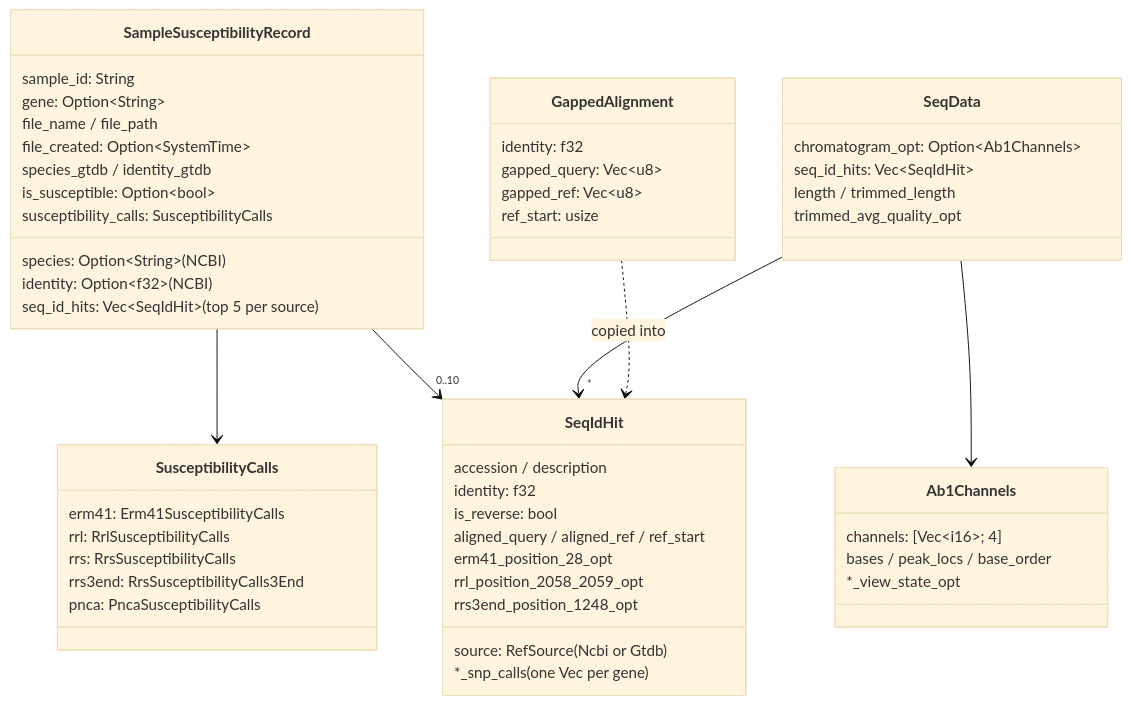
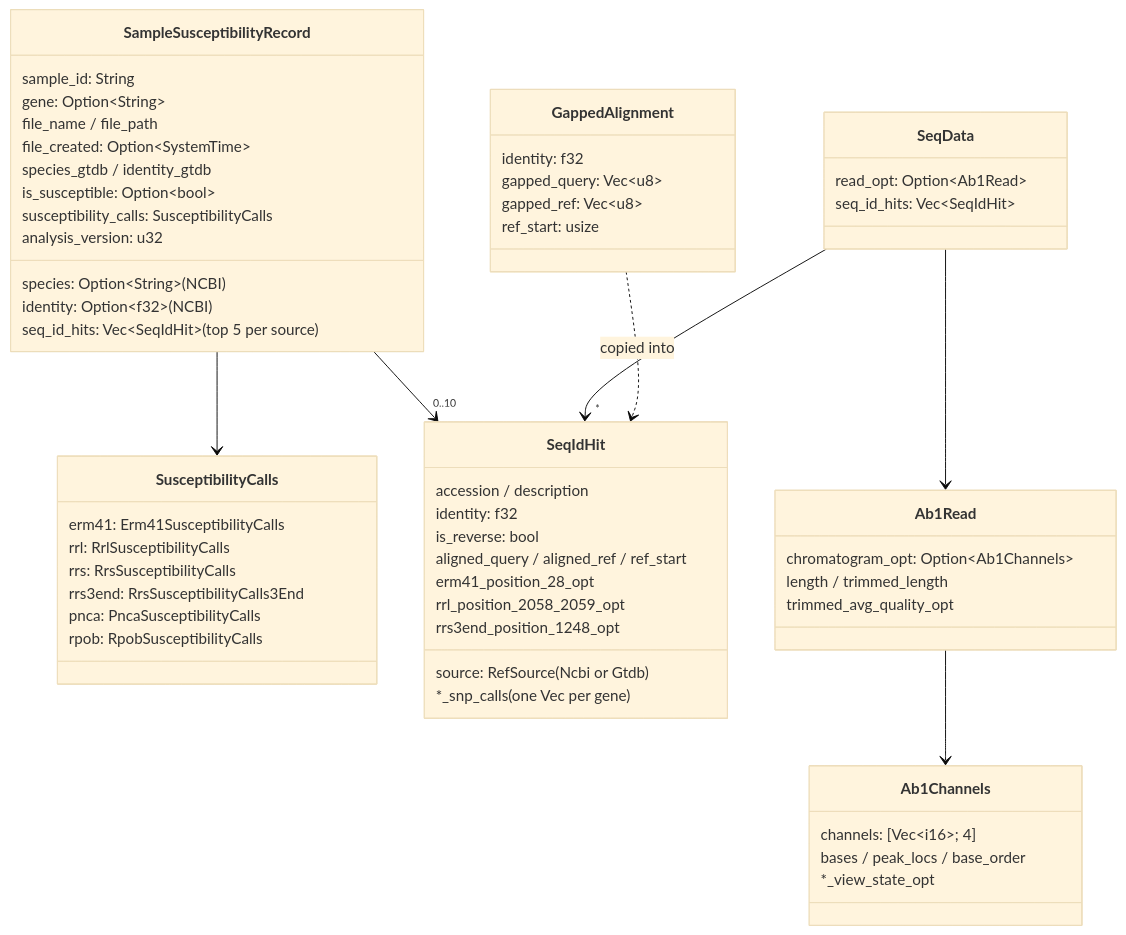
Before and after one commit to michaelmeuli/cosmic-files: the sixth of 6 diagrams in src/sequencing/README.md, drawn with Mermaid (base theme). The commit also changed other lines of this file and 7 other files, not shown here.

````diff
--- a/src/sequencing/README.md
+++ b/src/sequencing/README.md
@@ -284,55 +298,61 @@
 ```mermaid
 classDiagram
     class SampleSusceptibilityRecord {
         sample_id: String
         gene: Option~String~
         file_name / file_path
         file_created: Option~SystemTime~
         species: Option~String~ (NCBI)
         identity: Option~f32~ (NCBI)
         species_gtdb / identity_gtdb
         is_susceptible: Option~bool~
         susceptibility_calls: SusceptibilityCalls
         seq_id_hits: Vec~SeqIdHit~ (top 5 per source)
+        analysis_version: u32
     }
     class SusceptibilityCalls {
         erm41: Erm41SusceptibilityCalls
         rrl: RrlSusceptibilityCalls
         rrs: RrsSusceptibilityCalls
         rrs3end: RrsSusceptibilityCalls3End
         pnca: PncaSusceptibilityCalls
+        rpob: RpobSusceptibilityCalls
     }
     class SeqIdHit {
         accession / description
         source: RefSource (Ncbi or Gtdb)
         identity: f32
         is_reverse: bool
         aligned_query / aligned_ref / ref_start
         *_snp_calls (one Vec per gene)
         erm41_position_28_opt
         rrl_position_2058_2059_opt
         rrs3end_position_1248_opt
     }
     class GappedAlignment {
         identity: f32
         gapped_query: Vec~u8~
         gapped_ref: Vec~u8~
         ref_start: usize
     }
     class SeqData {
+        read_opt: Option~Ab1Read~
+        seq_id_hits: Vec~SeqIdHit~
+    }
+    class Ab1Read {
         chromatogram_opt: Option~Ab1Channels~
-        seq_id_hits: Vec~SeqIdHit~
         length / trimmed_length
         trimmed_avg_quality_opt
     }
     class Ab1Channels {
         channels: [Vec~i16~; 4]
         bases / peak_locs / base_order
         *_view_state_opt
     }
     SampleSusceptibilityRecord --> SusceptibilityCalls
     SampleSusceptibilityRecord --> "0..10" SeqIdHit
-    SeqData --> Ab1Channels
+    SeqData --> Ab1Read
+    Ab1Read --> Ab1Channels
     SeqData --> "*" SeqIdHit
     GappedAlignment ..> SeqIdHit : copied into
 ```
````
